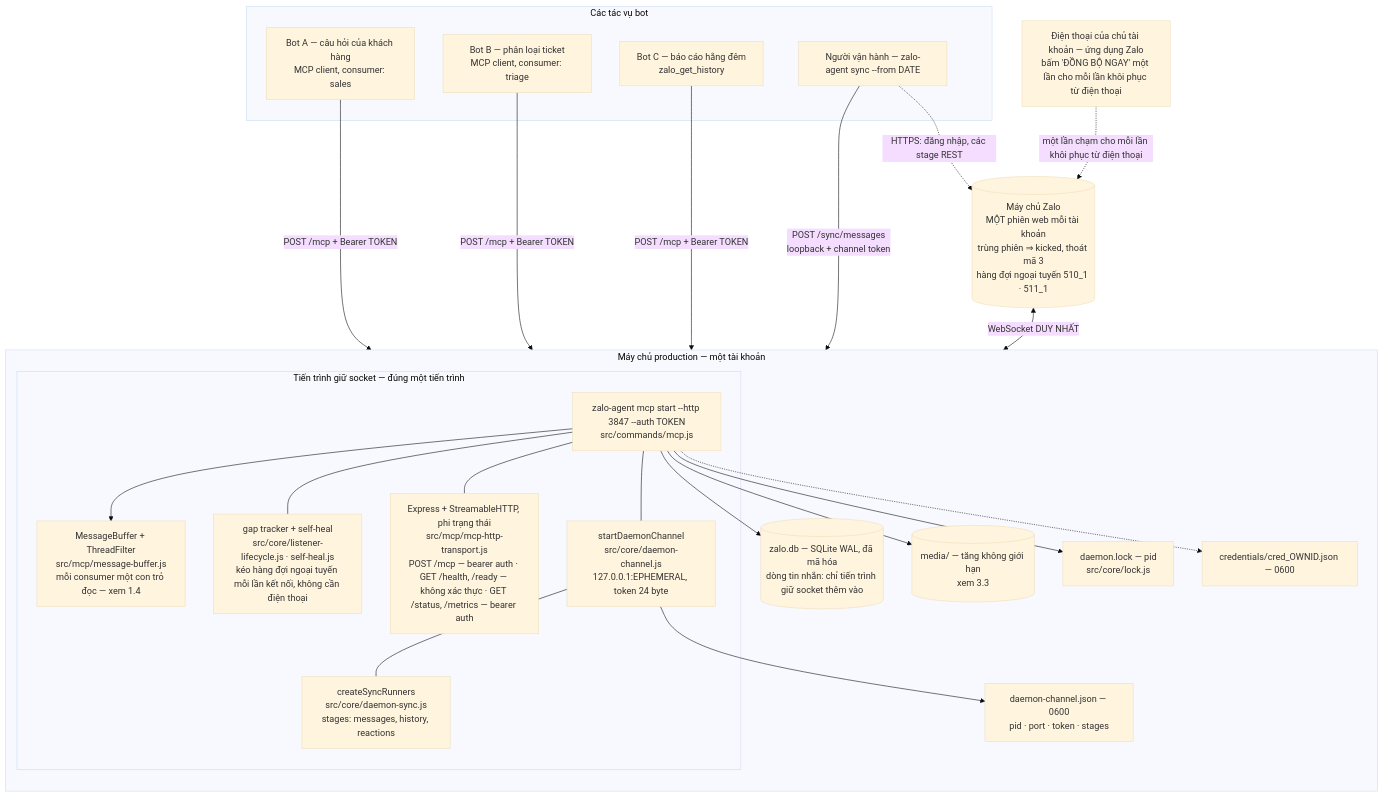
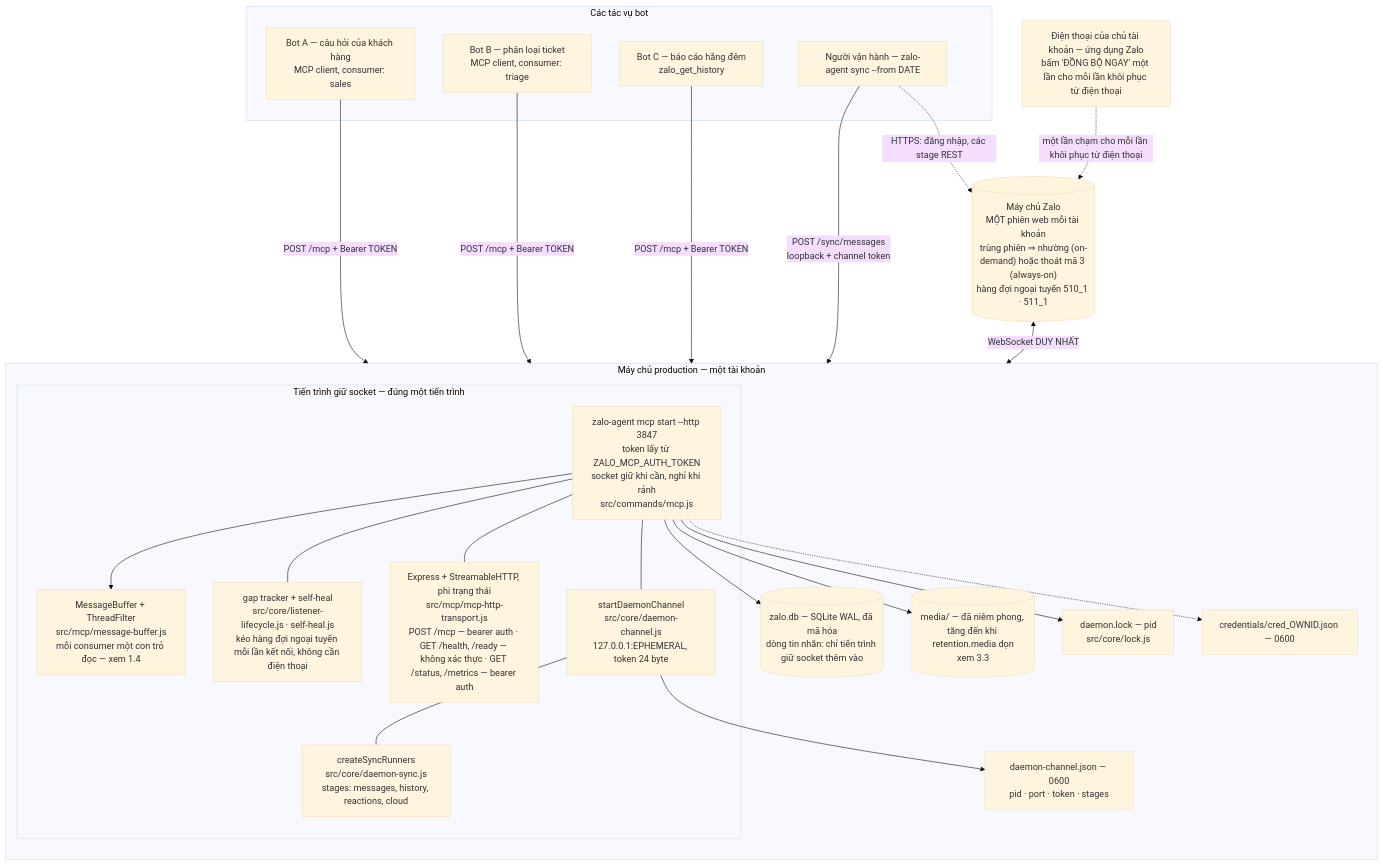
One commit to ardennguyen/zalo-agent-cli changed the first of 2 diagrams in docs/deployment.vi.md. Above: the diagram before and after it, drawn with Mermaid (base theme). The commit also changed other lines of this file and 13 other files, not shown here.

````diff
--- a/docs/deployment.vi.md
+++ b/docs/deployment.vi.md
@@ -191,48 +201,48 @@
 ```mermaid
 flowchart TB
     phone["Điện thoại của chủ tài khoản — ứng dụng Zalo<br/>bấm 'ĐỒNG BỘ NGAY' một lần cho mỗi lần khôi phục từ điện thoại"]
-    zalo[("Máy chủ Zalo<br/>MỘT phiên web mỗi tài khoản<br/>trùng phiên ⇒ kicked, thoát mã 3<br/>hàng đợi ngoại tuyến 510_1 · 511_1")]
+    zalo[("Máy chủ Zalo<br/>MỘT phiên web mỗi tài khoản<br/>trùng phiên ⇒ nhường (on-demand) hoặc thoát mã 3 (always-on)<br/>hàng đợi ngoại tuyến 510_1 · 511_1")]
 
     subgraph host["Máy chủ production — một tài khoản"]
       direction TB
       subgraph holder["Tiến trình giữ socket — đúng một tiến trình"]
-        proc["zalo-agent mcp start --http 3847 --auth TOKEN<br/>src/commands/mcp.js"]
+        proc["zalo-agent mcp start --http 3847<br/>token lấy từ ZALO_MCP_AUTH_TOKEN<br/>socket giữ khi cần, nghỉ khi rảnh<br/>src/commands/mcp.js"]
         http["Express + StreamableHTTP, phi trạng thái<br/>src/mcp/mcp-http-transport.js<br/>POST /mcp — bearer auth · GET /health, /ready — không xác thực · GET /status, /metrics — bearer auth"]
         buf["MessageBuffer + ThreadFilter<br/>src/mcp/message-buffer.js<br/>mỗi consumer một con trỏ đọc — xem 1.4"]
         heal["gap tracker + self-heal<br/>src/core/listener-lifecycle.js · self-heal.js<br/>kéo hàng đợi ngoại tuyến mỗi lần kết nối, không cần điện thoại"]
         chan["startDaemonChannel<br/>src/core/daemon-channel.js<br/>127.0.0.1:EPHEMERAL, token 24 byte"]
-        run["createSyncRunners<br/>src/core/daemon-sync.js<br/>stages: messages, history, reactions"]
+        run["createSyncRunners<br/>src/core/daemon-sync.js<br/>stages: messages, history, reactions, cloud"]
       end
       lock["daemon.lock — pid<br/>src/core/lock.js"]
       cj["daemon-channel.json — 0600<br/>pid · port · token · stages"]
       db[("zalo.db — SQLite WAL, đã mã hóa<br/>dòng tin nhắn: chỉ tiến trình giữ socket thêm vào")]
-      med[("media/ — tăng không giới hạn<br/>xem 3.3")]
+      med[("media/ — đã niêm phong, tăng đến khi retention.media dọn<br/>xem 3.3")]
       cred["credentials/cred_OWNID.json — 0600"]
     end
 
     subgraph bots["Các tác vụ bot"]
       b1["Bot A — câu hỏi của khách hàng<br/>MCP client, consumer: sales"]
       b2["Bot B — phân loại ticket<br/>MCP client, consumer: triage"]
       b3["Bot C — báo cáo hằng đêm<br/>zalo_get_history"]
       b4["Người vận hành — zalo-agent sync --from DATE"]
     end
 
     phone -.->|"một lần chạm cho mỗi lần khôi phục từ điện thoại"| zalo
     zalo <-->|"WebSocket DUY NHẤT"| proc
     proc --> buf
     proc --- heal
     proc --> db
     proc --> med
     proc --> lock
     proc --- http
     proc --- chan
     chan --- run
     chan --> cj
     proc -.-> cred
 
     b1 -->|"POST /mcp + Bearer TOKEN"| http
     b2 -->|"POST /mcp + Bearer TOKEN"| http
     b3 -->|"POST /mcp + Bearer TOKEN"| http
     b4 -->|"POST /sync/messages<br/>loopback + channel token"| chan
     b4 -.->|"HTTPS: đăng nhập, các stage REST"| zalo
 ```
````
